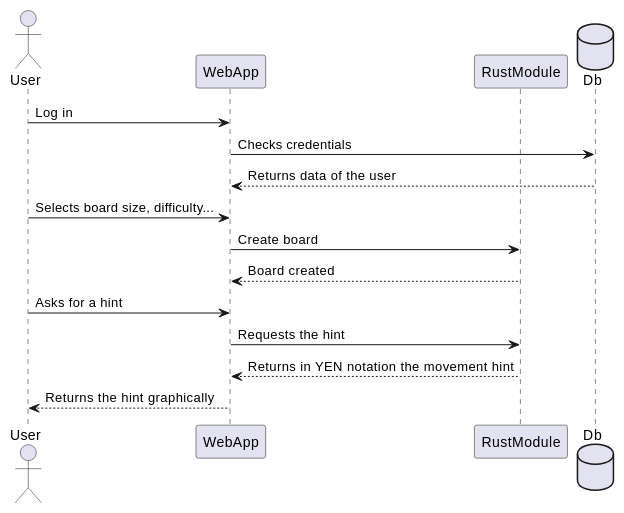
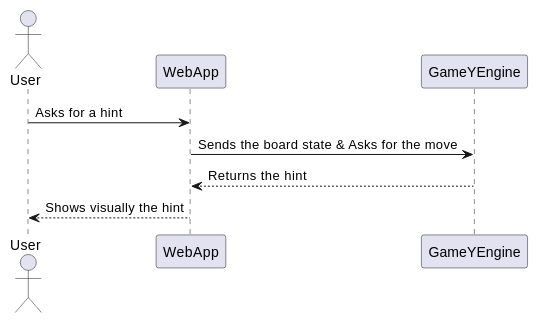
One commit to Arquisoft/yovi_en3b changed the third of 3 diagrams in docs/src/06_runtime_view.adoc. Above: the diagram before and after it, drawn with PlantUML. The commit also changed other lines of this file, not shown here.

```diff
--- a/docs/src/06_runtime_view.adoc
+++ b/docs/src/06_runtime_view.adoc
@@ -45,22 +70,14 @@
 [plantuml,"Asking for Hint",png]
 ----
 @startuml
 actor User
 participant WebApp
-participant RustModule
-database Db
-
-User -> WebApp: Log in
-WebApp -> Db: Checks credentials
-Db --> WebApp: Returns data of the user
-User -> WebApp: Selects board size, difficulty...
-WebApp -> RustModule: Create board
-RustModule --> WebApp: Board created
+participant GameYEngine
 
 User -> WebApp: Asks for a hint
-WebApp -> RustModule: Requests the hint
-RustModule --> WebApp: Returns in YEN notation the movement hint
-WebApp --> User: Returns the hint graphically
+WebApp -> GameYEngine: Sends the board state & Asks for the move
+GameYEngine --> WebApp: Returns the hint
+WebApp --> User: Shows visually the hint
 
 @enduml
 ----
```
